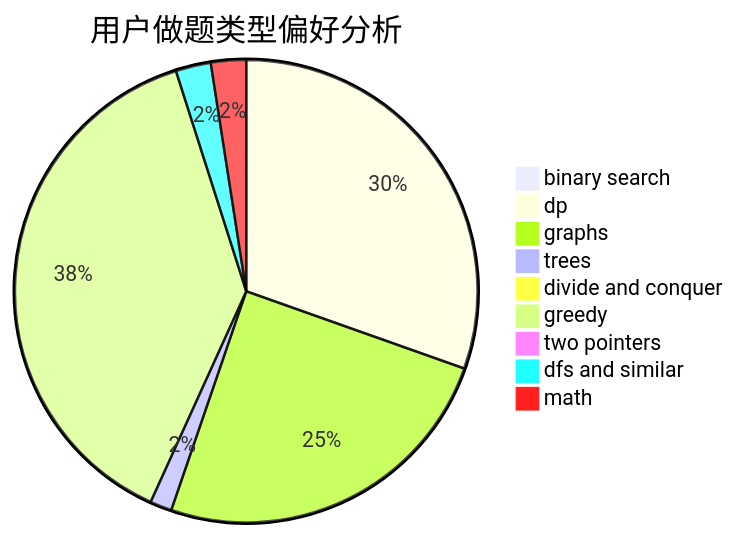
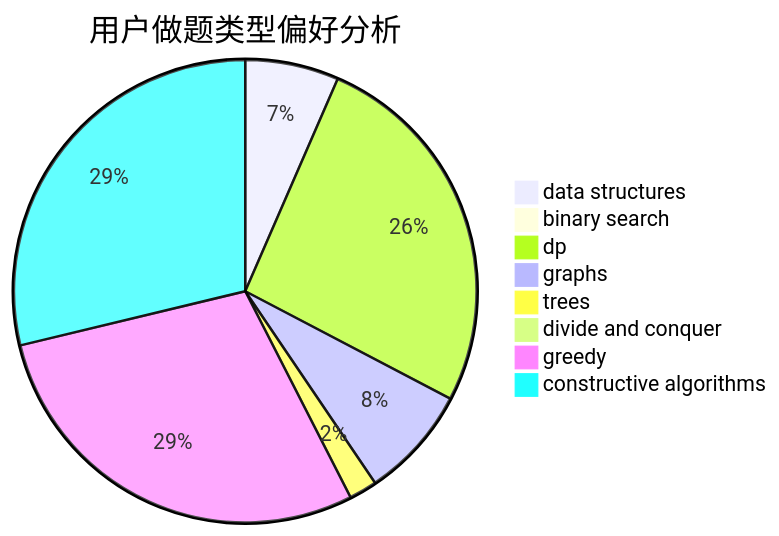
One commit to sherpahu/cfrs.github.io changed the second of 3 diagrams in docs/user/u945.md. Above: the diagram before and after it, drawn with Mermaid. The commit also changed other lines of this file and 2775 other files, not shown here.

````diff
--- a/docs/user/u945.md
+++ b/docs/user/u945.md
@@ -23,12 +23,11 @@
 ```mermaid
 pie title 用户做题类型偏好分析
-    "binary search" :  2
-    "dp" :  359
-    "graphs" :  293
-    "trees" :  18
-    "divide and conquer" :  6
-    "greedy" :  452
-    "two pointers" :  0
-    "dfs and similar" :  29
-    "math" :  29
+    "data structures" :  10
+    "binary search" :  0
+    "dp" :  40
+    "graphs" :  12
+    "trees" :  3
+    "divide and conquer" :  0
+    "greedy" :  44
+    "constructive algorithms" :  44
 ```
````
